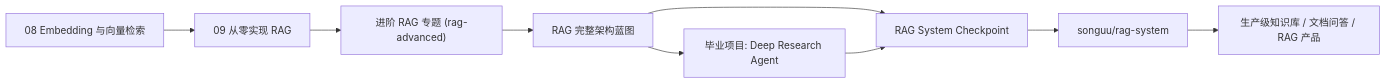
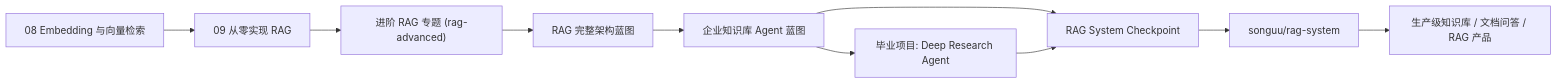
The diagram in docs/rag-system-project.md (songuu/agent), drawn with Mermaid before and after one commit. The commit also changed other lines of this file and 18 other files, not shown here.

````diff
--- a/docs/rag-system-project.md
+++ b/docs/rag-system-project.md
@@ -12,11 +12,12 @@
 ```mermaid
 flowchart LR
   A["08 Embedding 与向量检索"] --> B["09 从零实现 RAG"]
   B --> R["进阶 RAG 专题 (rag-advanced)"]
   R --> X["RAG 完整架构蓝图"]
-  X --> C["毕业项目: Deep Research Agent"]
-  X --> K["RAG System Checkpoint"]
+  X --> Z["企业知识库 Agent 蓝图"]
+  Z --> C["毕业项目: Deep Research Agent"]
+  Z --> K["RAG System Checkpoint"]
   C --> K
   K --> D["songuu/rag-system"]
   D --> E["生产级知识库 / 文档问答 / RAG 产品"]
 ```
````
